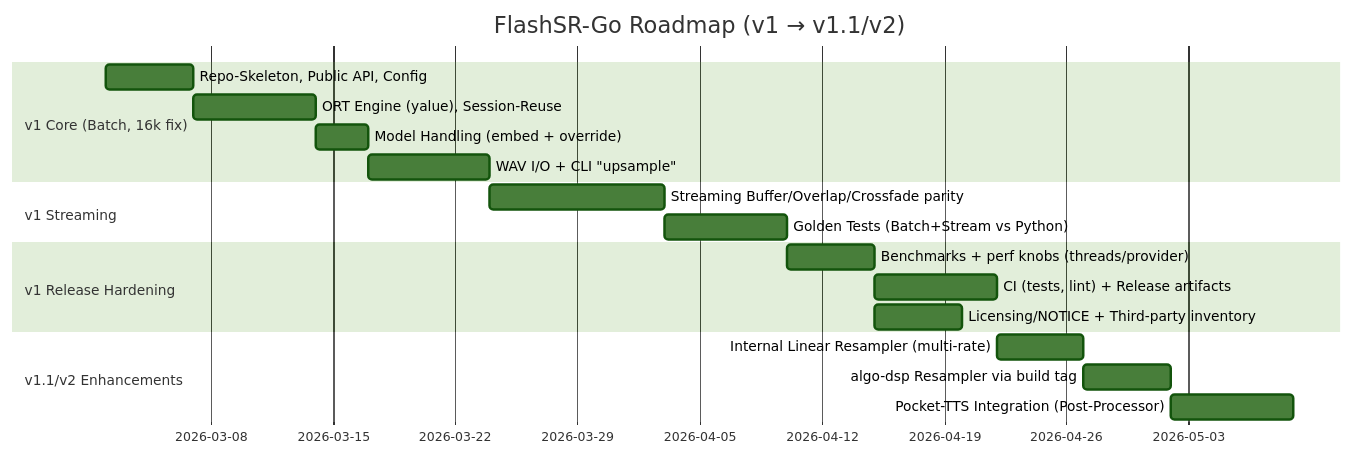
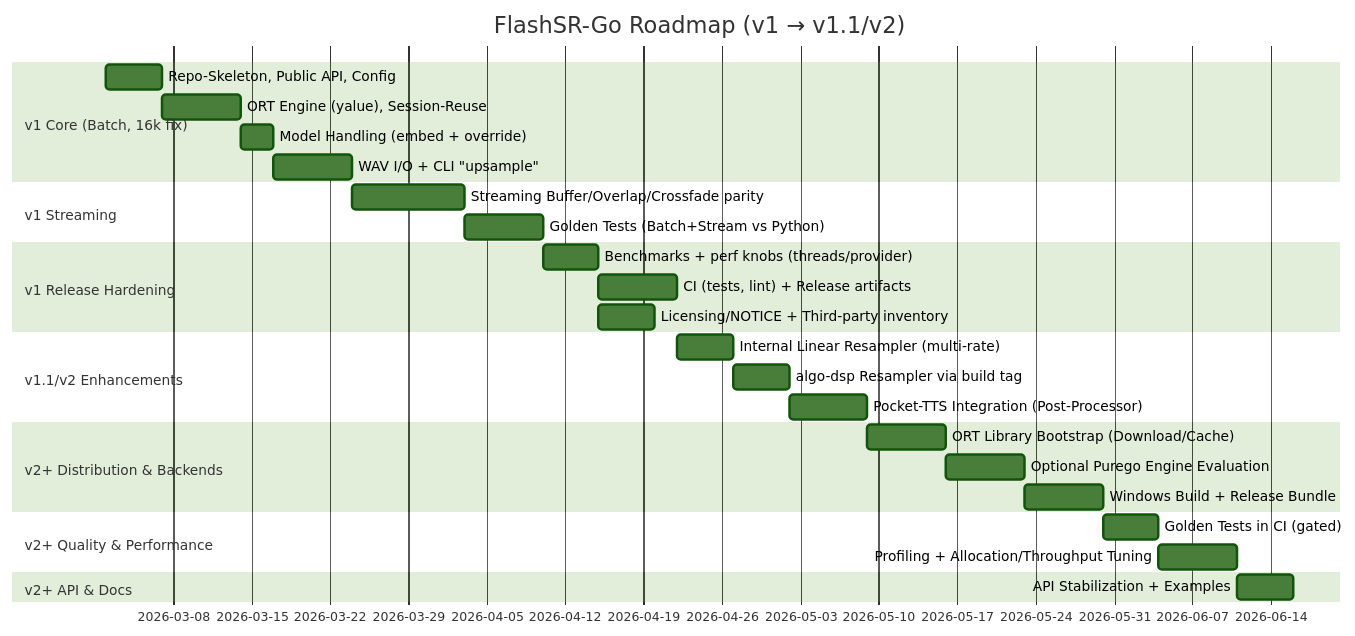
Before and after one commit to CWBudde/FlashSR: the diagram in goal.md, drawn with Mermaid (forest theme). The commit also changed other lines of this file and 18 other files, not shown here.

First line of the commit message:
fix: Add golden tests and property tests for FlashSR resampling

````diff
--- a/goal.md
+++ b/goal.md
@@ -413,25 +413,37 @@
 ```mermaid
 gantt
 dateFormat  YYYY-MM-DD
 title FlashSR-Go Roadmap (v1 → v1.1/v2)
 
 section v1 Core (Batch, 16k fix)
 Repo-Skeleton, Public API, Config        :a1, 2026-03-02, 5d
 ORT Engine (yalue), Session-Reuse        :a2, after a1, 7d
 Model Handling (embed + override)        :a3, after a2, 3d
 WAV I/O + CLI "upsample"                 :a4, after a3, 7d
 
 section v1 Streaming
 Streaming Buffer/Overlap/Crossfade parity:a5, after a4, 10d
 Golden Tests (Batch+Stream vs Python)    :a6, after a5, 7d
 
 section v1 Release Hardening
 Benchmarks + perf knobs (threads/provider):a7, after a6, 5d
 CI (tests, lint) + Release artifacts      :a8, after a7, 7d
 Licensing/NOTICE + Third-party inventory  :a9, after a7, 5d
 
 section v1.1/v2 Enhancements
 Internal Linear Resampler (multi-rate)    :b1, after a8, 5d
 algo-dsp Resampler via build tag          :b2, after b1, 5d
 Pocket-TTS Integration (Post-Processor)   :b3, after b2, 7d
+
+section v2+ Distribution & Backends
+ORT Library Bootstrap (Download/Cache)    :c1, after b3, 7d
+Optional Purego Engine Evaluation         :c2, after c1, 7d
+Windows Build + Release Bundle            :c3, after c2, 7d
+
+section v2+ Quality & Performance
+Golden Tests in CI (gated)                :d1, after c3, 5d
+Profiling + Allocation/Throughput Tuning  :d2, after d1, 7d
+
+section v2+ API & Docs
+API Stabilization + Examples              :e1, after d2, 5d
 ```
````
